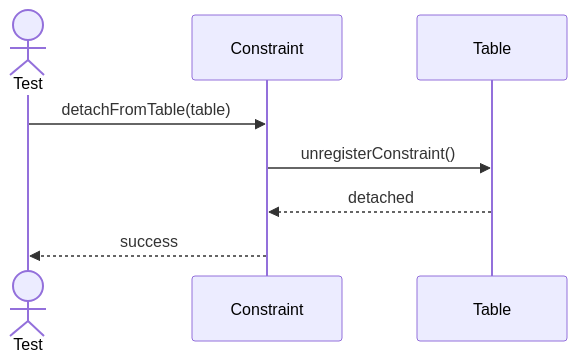
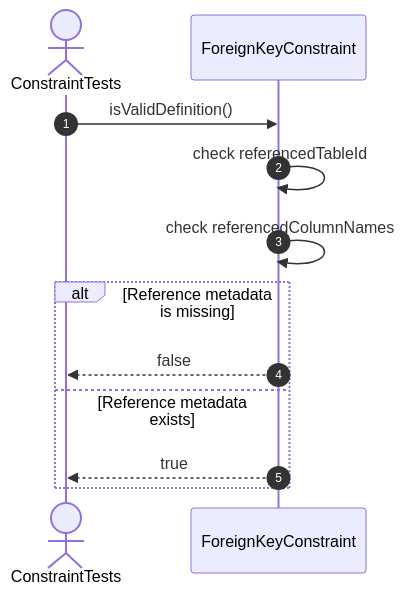
Diagram 16 of 16 in src/tests/unit/metadata/sequences/constraint-testing.se.md (FhuAnn/-bbv-AN-s-DBMS), drawn with Mermaid before and after one commit. The commit also changed other lines of this file and 60 other files, not shown here.

Commit message:
refactor data table, row, column, constraint, index test file

````diff
--- a/src/tests/unit/metadata/sequences/constraint-testing.se.md
+++ b/src/tests/unit/metadata/sequences/constraint-testing.se.md
@@ -379,11 +261,16 @@
 ```mermaid
 sequenceDiagram
-actor Test
-participant Constraint
-participant Table
+    autonumber
+    actor Test as ConstraintTests
+    participant FK as ForeignKeyConstraint
 
-Test->>Constraint: detachFromTable(table)
-Constraint->>Table: unregisterConstraint()
-Table-->>Constraint: detached
-Constraint-->>Test: success
+    Test->>FK: isValidDefinition()
+    FK->>FK: check referencedTableId
+    FK->>FK: check referencedColumnNames
+
+    alt Reference metadata is missing
+        FK-->>Test: false
+    else Reference metadata exists
+        FK-->>Test: true
+    end
 ```
````
